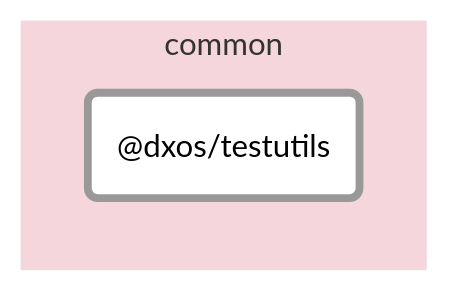
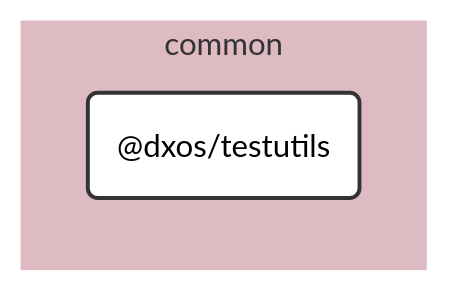
The diagram in packages/common/testutils/docs/README.md (dxos/dxos), drawn with Mermaid (neutral theme) before and after one commit. The commit also changed 100 other files, not shown here.

````diff
--- a/packages/common/testutils/docs/README.md
+++ b/packages/common/testutils/docs/README.md
@@ -7,12 +7,25 @@
 ```mermaid
-flowchart LR;
+%%{ init: {'flowchart':{'curve':'basis'}} }%%
 
-style dxos/testutils fill:#fff,stroke-width:4px;
+flowchart LR
+
+%% Links
+
+%% Sections
+subgraph common
+  style common fill:#debac2,stroke:#fff;
+
+  dxos/testutils("@dxos/testutils")
+end
 
 
-subgraph common
-  style common fill:#f5d6dd,stroke:#fff;
-  dxos/testutils("@dxos/testutils");
-end
+%% Hyperlinks
+
+%% Styles
+classDef rootNode fill:#fff,stroke:#333,stroke-width:2px
+classDef defaultNode fill:#fff,stroke:#333,stroke-width:1px
+linkStyle default stroke:#333,stroke-width:1px
+
+dxos/testutils:::rootNode
 
 ```
````
